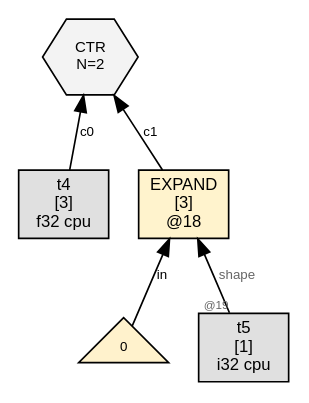
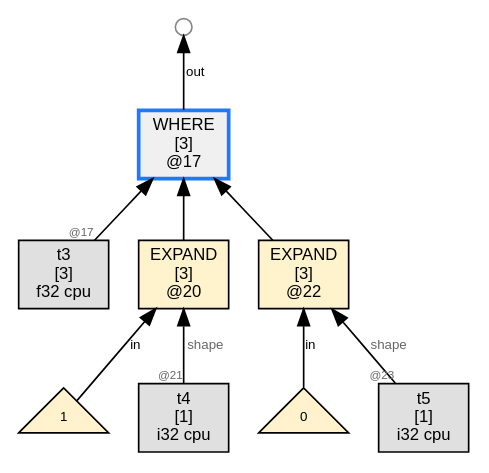
The diagram in wl/examples/thvm_graphs/grad_rules/gradu_where/thvm_2_post_sweep.dot (sw1sh/TinyHVM), drawn with Graphviz before and after one commit. The commit also changed 244 other files, not shown here.

```diff
--- a/wl/examples/thvm_graphs/grad_rules/gradu_where/thvm_2_post_sweep.dot
+++ b/wl/examples/thvm_graphs/grad_rules/gradu_where/thvm_2_post_sweep.dot
@@ -1,15 +1,23 @@
 digraph G {
   rankdir=BT;
   node [fontname="Helvetica", fontsize=10, style=filled, shape=box, margin="0.1,0.05"];
   edge [fontsize=8, fontname="Helvetica"];
 
-  n18 [label="EXPAND\n[3]\n@18", shape=box, fillcolor="#fff3cd"];
-  num18_0 [label="0",shape=triangle,fillcolor="#fff2cc",fontsize=8];
-  num18_0 -> n18 [label="in"];
+  n17 [label="WHERE\n[3]\n@17", shape=box, fillcolor="#f0f0f0",color="#1f78ff",penwidth=2.2];
+  t3 [label="t3\n[3]\nf32 cpu",shape=box,fillcolor="#e0e0e0"];
+  t3 -> n17 [label="",taillabel="@17",labelfontsize=7,fontcolor="#666666"];
+  n20 -> n17 [label=""];
+  n22 -> n17 [label=""];
+  free17_1000 [label="",shape=circle,width=0.14,height=0.14,fixedsize=true,fillcolor="#ffffff",color="#888888",fontsize=1];
+  n17 -> free17_1000 [label="out"];
+  n20 [label="EXPAND\n[3]\n@20", shape=box, fillcolor="#fff3cd"];
+  num20_0 [label="1",shape=triangle,fillcolor="#fff2cc",fontsize=8];
+  num20_0 -> n20 [label="in"];
+  t4 [label="t4\n[1]\ni32 cpu",shape=box,fillcolor="#e0e0e0"];
+  t4 -> n20 [label="shape",taillabel="@21",labelfontsize=7,fontcolor="#666666"];
+  n22 [label="EXPAND\n[3]\n@22", shape=box, fillcolor="#fff3cd"];
+  num22_0 [label="0",shape=triangle,fillcolor="#fff2cc",fontsize=8];
+  num22_0 -> n22 [label="in"];
   t5 [label="t5\n[1]\ni32 cpu",shape=box,fillcolor="#e0e0e0"];
-  t5 -> n18 [label="shape",taillabel="@19",labelfontsize=7,fontcolor="#666666"];
-  ctr9 [label="CTR\nN=2", shape=hexagon, fillcolor="#f3f3f3", fontsize=9];
-  t4 [label="t4\n[3]\nf32 cpu",shape=box,fillcolor="#e0e0e0"];
-  t4 -> ctr9 [label="c0"];
-  n18 -> ctr9 [label="c1"];
+  t5 -> n22 [label="shape",taillabel="@23",labelfontsize=7,fontcolor="#666666"];
 }
```
